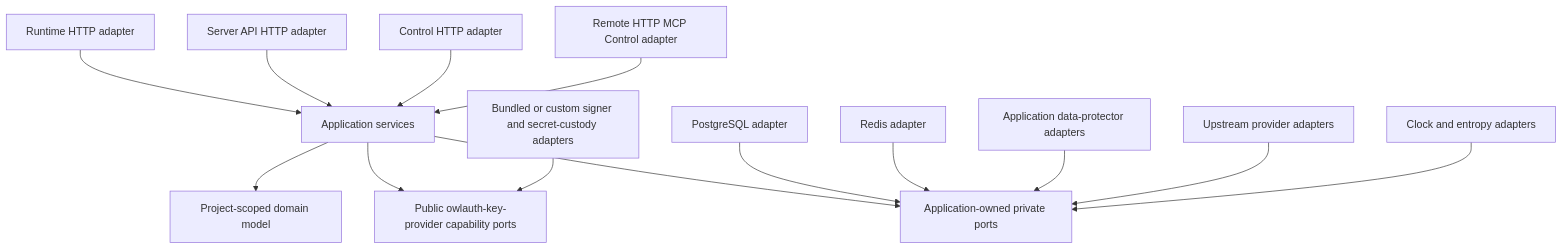
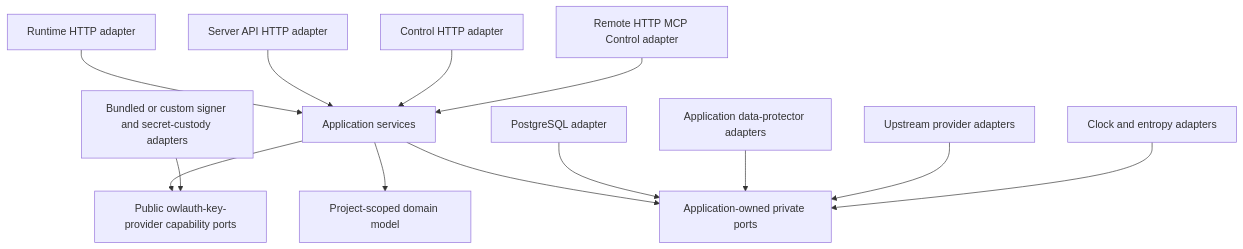
The first of 3 diagrams in spec/02-domain-and-crate-boundaries.md (owlfoundry/owlauth), drawn with Mermaid before and after one commit. The commit also changed other lines of this file and 155 other files, not shown here.

````diff
--- a/spec/02-domain-and-crate-boundaries.md
+++ b/spec/02-domain-and-crate-boundaries.md
@@ -7,16 +7,15 @@
 ```mermaid
 flowchart TB
     RHTTP[Runtime HTTP adapter] --> APP[Application services]
     BHTTP[Server API HTTP adapter] --> APP
     CHTTP[Control HTTP adapter] --> APP
     MCP[Remote HTTP MCP Control adapter] --> APP
     APP --> DOMAIN[Project-scoped domain model]
     APP --> PORTS[Application-owned private ports]
     APP --> SPI[Public owlauth-key-provider capability ports]
     PG[PostgreSQL adapter] --> PORTS
-    RC[Redis adapter] --> PORTS
     SIGN[Bundled or custom signer and secret-custody adapters] --> SPI
     DATA[Application data-protector adapters] --> PORTS
     UP[Upstream provider adapters] --> PORTS
     CLOCK[Clock and entropy adapters] --> PORTS
 ```
````
